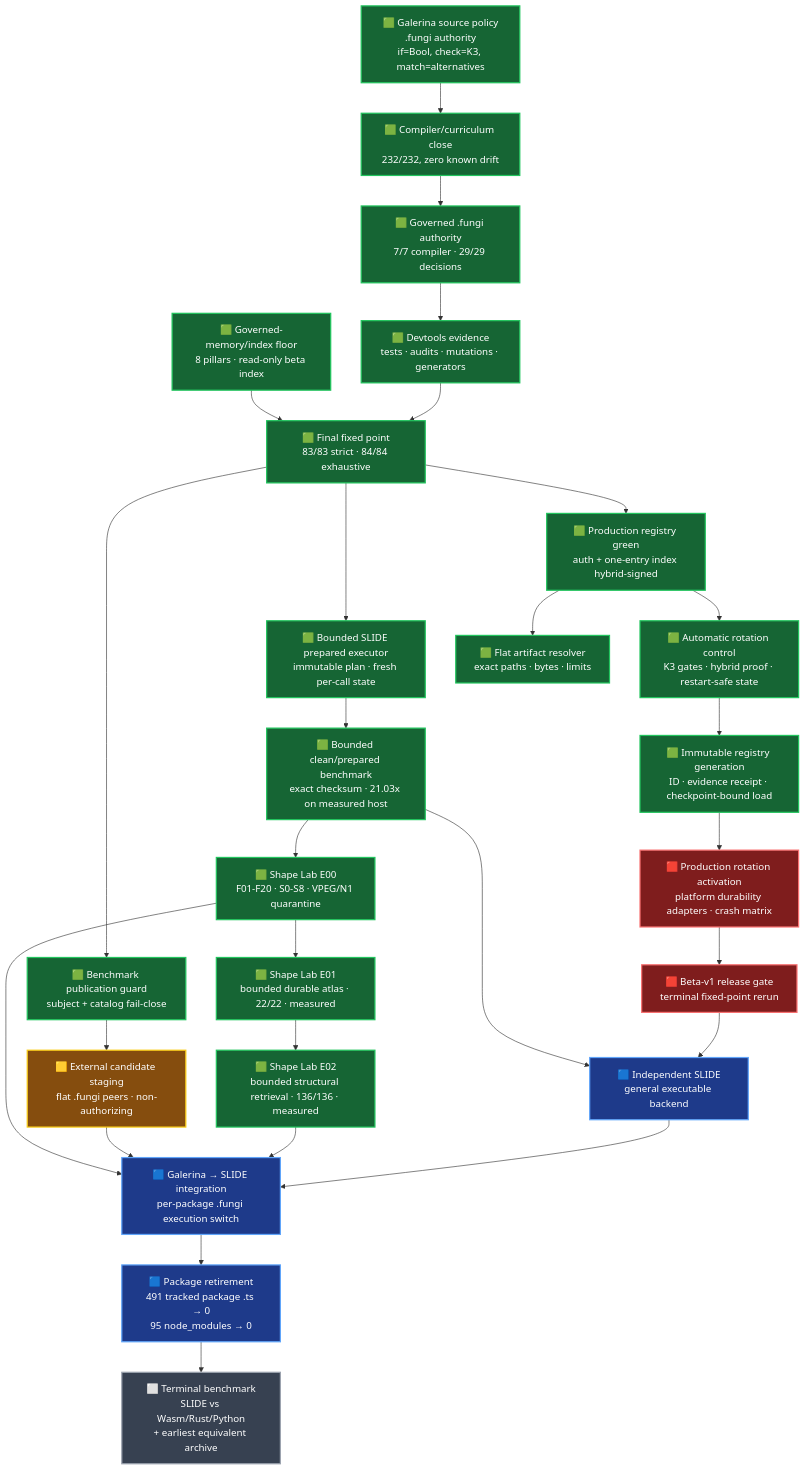
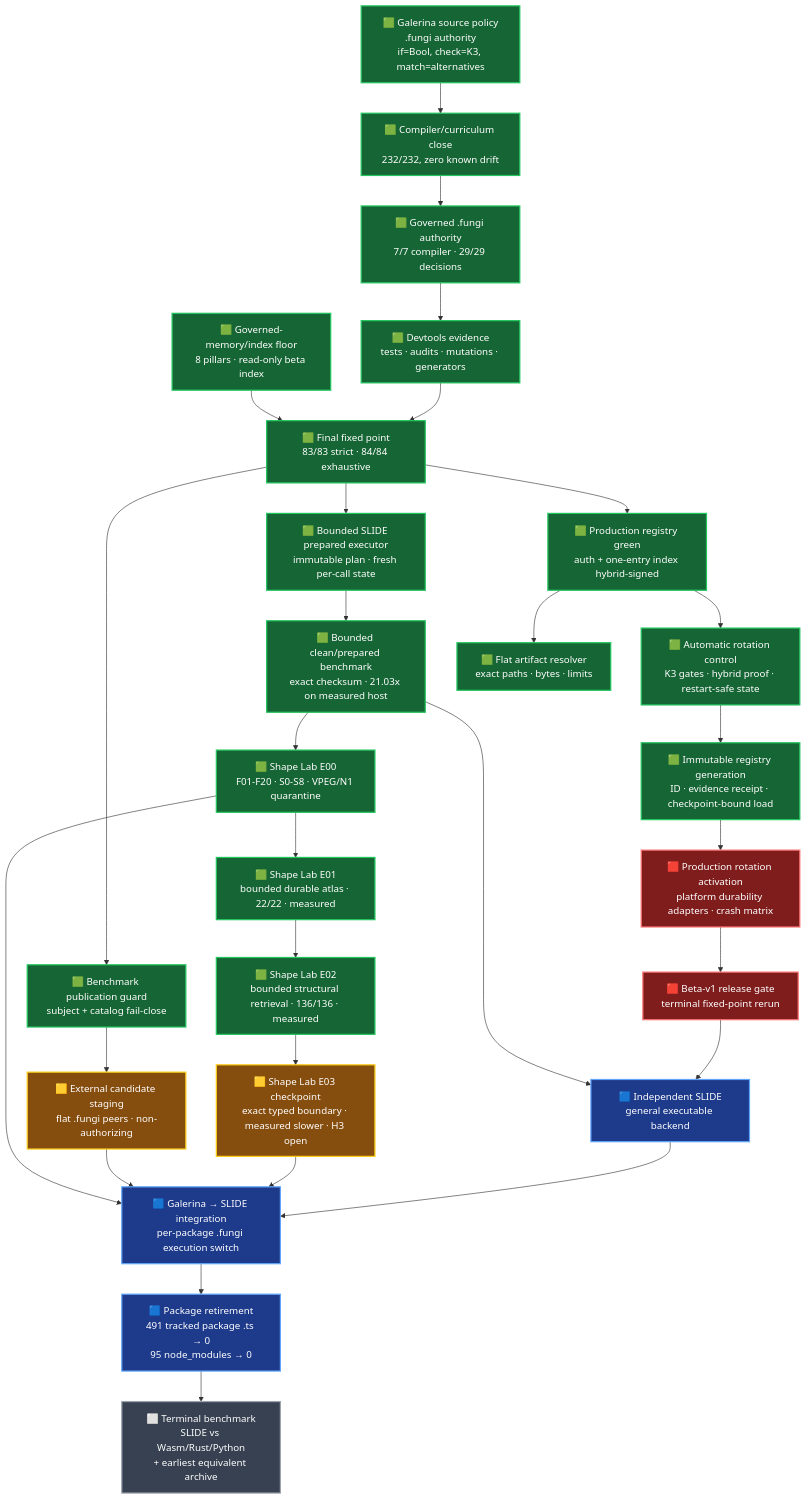
The diagram in docs/roadmap-2026-07-29-galerina-beta-v1-to-slide.md (TritHypha/Deveolpment-runtime-fungi-gate), drawn with Mermaid before and after one commit. The commit also changed other lines of this file and 1 other file, not shown here.

Commit message:
docs: synchronize amber SLIDE E03 checkpoint

````diff
--- a/docs/roadmap-2026-07-29-galerina-beta-v1-to-slide.md
+++ b/docs/roadmap-2026-07-29-galerina-beta-v1-to-slide.md
@@ -22,48 +22,49 @@
 ```mermaid
 flowchart TB
     A["🟩 Galerina source policy<br/>.fungi authority<br/>if=Bool, check=K3, match=alternatives"]
     B["🟩 Compiler/curriculum close<br/>232/232, zero known drift"]
     C["🟩 Governed .fungi authority<br/>7/7 compiler · 29/29 decisions"]
     D["🟩 Devtools evidence<br/>tests · audits · mutations · generators"]
     E["🟩 Final fixed point<br/>83/83 strict · 84/84 exhaustive"]
     R["🟩 Automatic rotation control<br/>K3 gates · hybrid proof · restart-safe state"]
     Y["🟩 Immutable registry generation<br/>ID · evidence receipt · checkpoint-bound load"]
     X["🟥 Production rotation activation<br/>platform durability adapters · crash matrix"]
     F["🟥 Beta-v1 release gate<br/>terminal fixed-point rerun"]
     G["🟩 Production registry green<br/>auth + one-entry index hybrid-signed"]
     H["🟦 Independent SLIDE<br/>general executable backend"]
     S["🟩 Bounded SLIDE prepared executor<br/>immutable plan · fresh per-call state"]
     L["🟩 Bounded clean/prepared benchmark<br/>exact checksum · 21.03x on measured host"]
     Q["🟨 External candidate staging<br/>flat .fungi peers · non-authorizing"]
     K["🟩 Benchmark publication guard<br/>subject + catalog fail-close"]
     I["🟦 Galerina → SLIDE integration<br/>per-package .fungi execution switch"]
     T["🟦 Package retirement<br/>491 tracked package .ts → 0<br/>95 node_modules → 0"]
     J["⬜ Terminal benchmark<br/>SLIDE vs Wasm/Rust/Python<br/>+ earliest equivalent archive"]
     P["🟩 Flat artifact resolver<br/>exact paths · bytes · limits"]
     M["🟩 Shape Lab E00<br/>F01-F20 · S0-S8 · VPEG/N1 quarantine"]
     U["🟩 Shape Lab E01<br/>bounded durable atlas · 22/22 · measured"]
     V["🟩 Shape Lab E02<br/>bounded structural retrieval · 136/136 · measured"]
+    W["🟨 Shape Lab E03 checkpoint<br/>exact typed boundary · measured slower · H3 open"]
     Z["🟩 Governed-memory/index floor<br/>8 pillars · read-only beta index"]
 
     A --> B --> C --> D --> E --> G --> R --> Y --> X --> F --> H --> I --> T --> J
     Z --> E
     G --> P
-    L --> M --> U --> V
-    V --> I
+    L --> M --> U --> V --> W
+    W --> I
     E --> K --> Q
     E --> S --> L --> H
     Q --> I
     M --> I
 
     classDef green fill:#166534,color:#ffffff,stroke:#22c55e,stroke-width:2px;
     classDef amber fill:#854d0e,color:#ffffff,stroke:#facc15,stroke-width:2px;
     classDef red fill:#7f1d1d,color:#ffffff,stroke:#f87171,stroke-width:2px;
     classDef blue fill:#1e3a8a,color:#ffffff,stroke:#60a5fa,stroke-width:2px;
     classDef grey fill:#374151,color:#ffffff,stroke:#9ca3af,stroke-width:2px;
     class A,B,C,D,E,G,R,Y,Z,K,S,L,M,U,V green;
     class X,F red;
-    class Q amber;
+    class Q,W amber;
     class H,I,T blue;
     class P green;
     class J grey;
 ```
````
